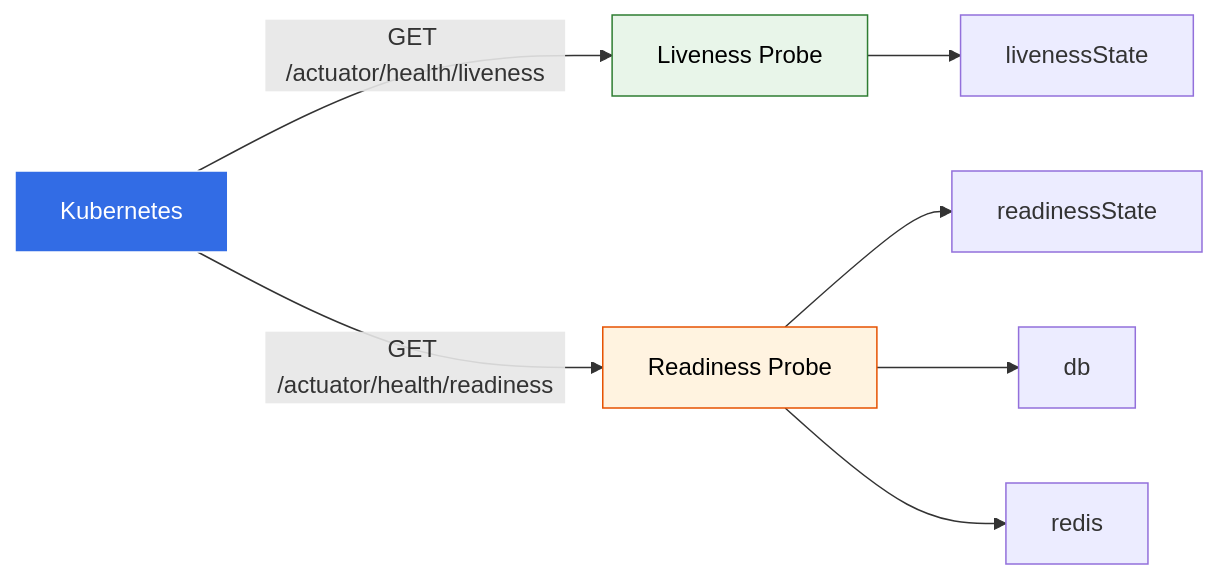
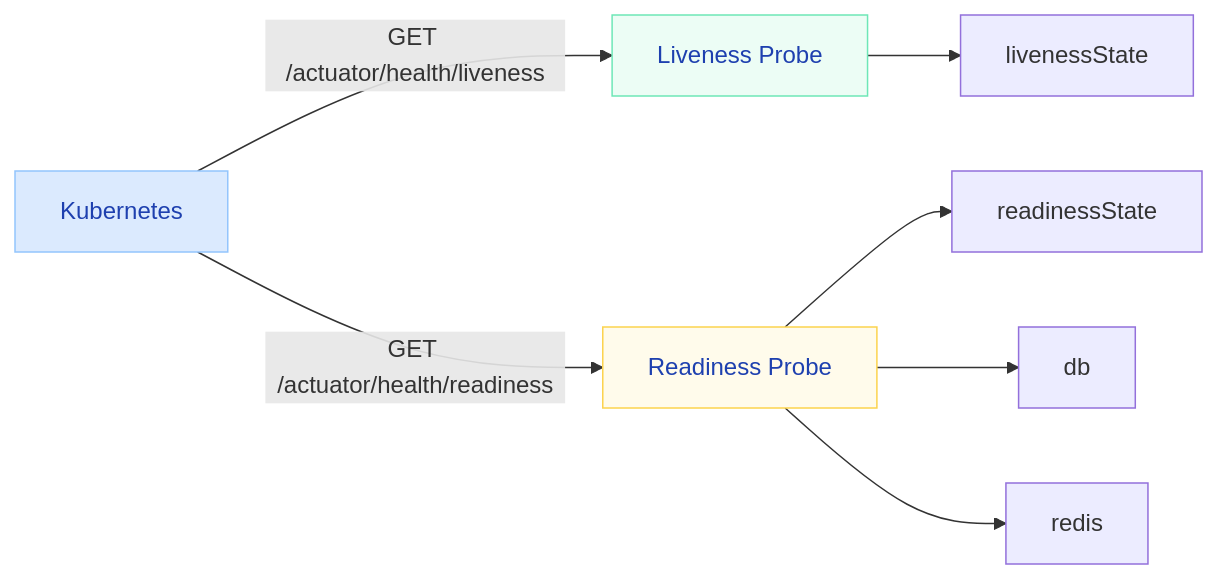
Before and after one commit to saivamsikaruturi/vamsilabs-dev-notes-main: the second of 3 diagrams in docs/springboot/actuator.md, drawn with Mermaid. The commit also changed other lines of this file and 220 other files, not shown here.

First line of the commit message:
Add 50+ new Java/Spring Boot pages, rewrite CSS code blocks to Oracle style, fix all diagram colors

````diff
--- a/docs/springboot/actuator.md
+++ b/docs/springboot/actuator.md
@@ -215,13 +215,13 @@
 ```mermaid
 flowchart LR
     K8s["Kubernetes"] -->|"GET /actuator/health/liveness"| L["Liveness Probe"]
     K8s -->|"GET /actuator/health/readiness"| R["Readiness Probe"]
     L --> LS["livenessState"]
     R --> RS["readinessState"]
     R --> DB["db"]
     R --> Redis["redis"]
 
-    style K8s fill:#326CE5,stroke:#fff,color:#fff
-    style L fill:#E8F5E9,stroke:#2E7D32,color:#000
-    style R fill:#FFF3E0,stroke:#E65100,color:#000
+    style K8s fill:#DBEAFE,stroke:#93C5FD,color:#1E40AF
+    style L fill:#ECFDF5,stroke:#6EE7B7,color:#1E40AF
+    style R fill:#FFFBEB,stroke:#FCD34D,color:#1E40AF
 ```
````
